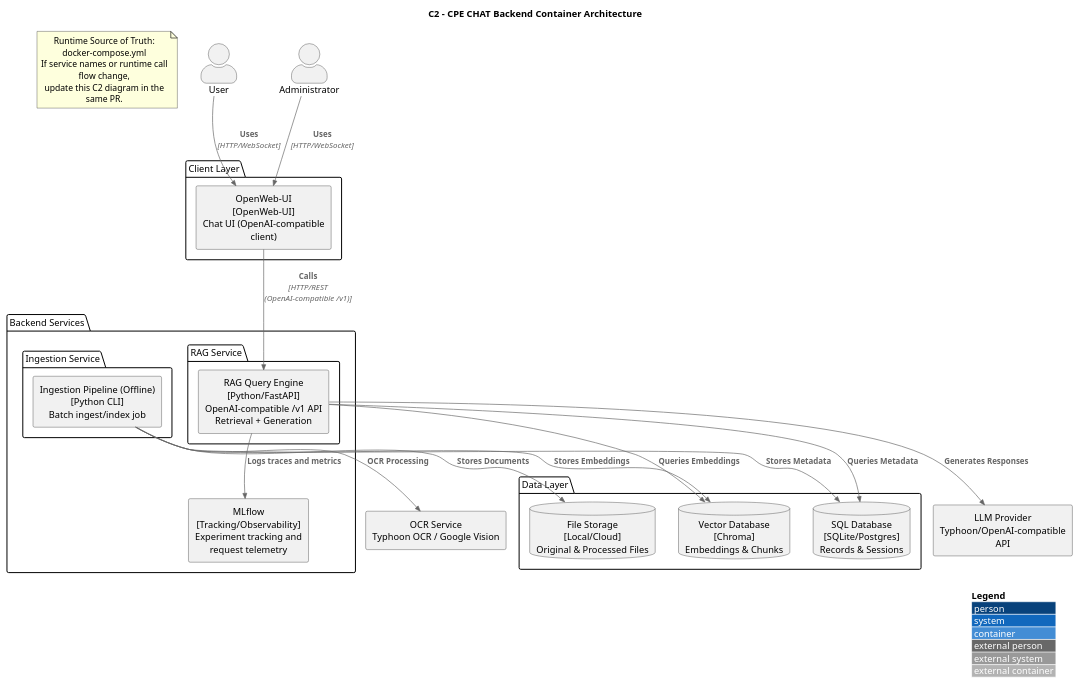
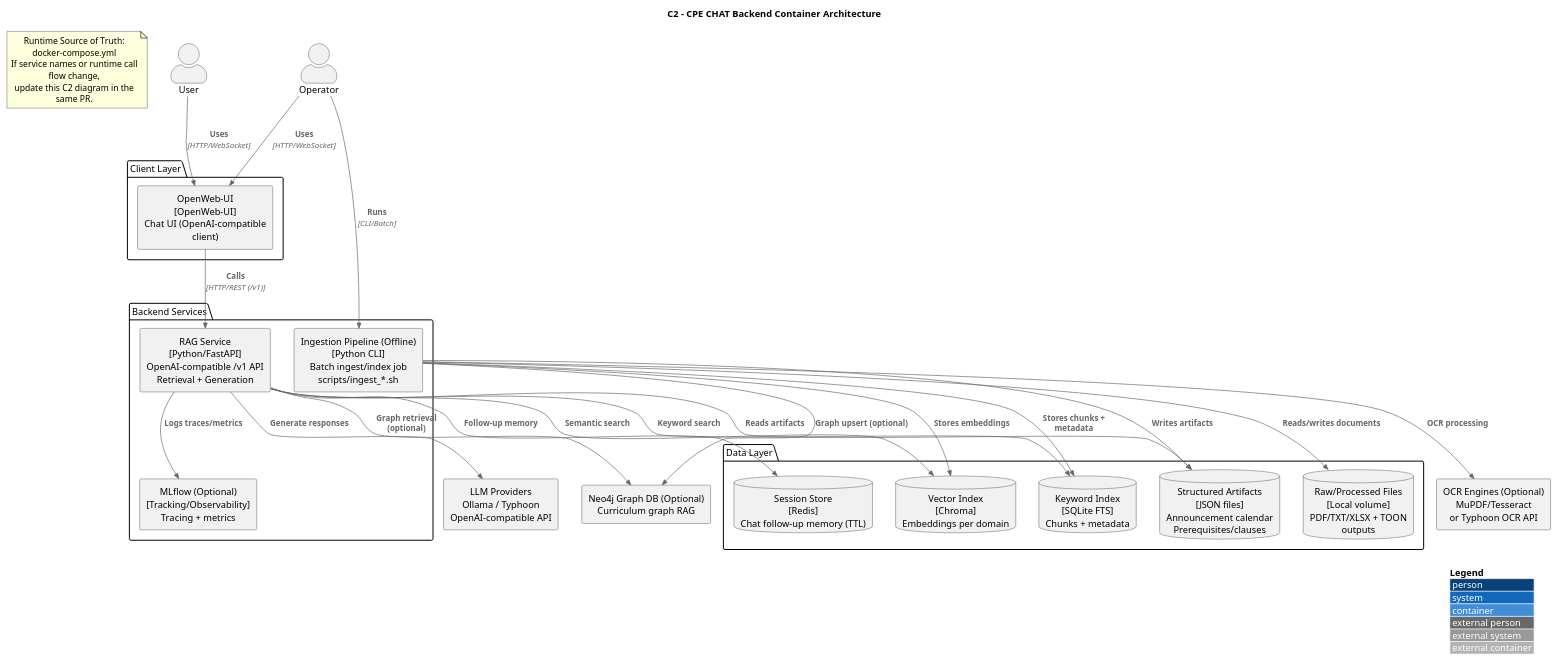
One commit to KKOIDF/CPE-CHAT-0.0.2 changed the second of 5 diagrams in docs/backend_c1_c4_diagram.puml. Above: the diagram before and after it, drawn with PlantUML. The commit also changed other lines of this file and 20 other files, not shown here.

First line of the commit message:
Enhance regulation and curriculum handling in RAG service

```diff
--- a/docs/backend_c1_c4_diagram.puml
+++ b/docs/backend_c1_c4_diagram.puml
@@ -37,57 +41,60 @@
 @startuml Backend_C2_Container
 !include https://raw.githubusercontent.com/plantuml-stdlib/C4-PlantUML/master/C4_Container.puml
 
 LAYOUT_WITH_LEGEND()
 
 title C2 - CPE CHAT Backend Container Architecture
 
 note as c2_sot
 Runtime Source of Truth: docker-compose.yml
 If service names or runtime call flow change,
 update this C2 diagram in the same PR.
 end note
 
 actor "User" as user
-actor "Administrator" as admin
+actor "Operator" as admin
 
 package "Client Layer" as client_boundary {
     rectangle "OpenWeb-UI\n[OpenWeb-UI]\nChat UI (OpenAI-compatible client)" as web_app
 }
 
 package "Backend Services" as backend_boundary {
-    package "Ingestion Service" as ingestion_svc_boundary {
-        rectangle "Ingestion Pipeline (Offline)\n[Python CLI]\nBatch ingest/index job" as ingestion_api
-    }
-    
-    package "RAG Service" as rag_svc_boundary {
-        rectangle "RAG Query Engine\n[Python/FastAPI]\nOpenAI-compatible /v1 API\nRetrieval + Generation" as rag_api
-    }
-
-    rectangle "MLflow\n[Tracking/Observability]\nExperiment tracking and request telemetry" as mlflow
+    rectangle "RAG Service\n[Python/FastAPI]\nOpenAI-compatible /v1 API\nRetrieval + Generation" as rag_api
+    rectangle "Ingestion Pipeline (Offline)\n[Python CLI]\nBatch ingest/index job\nscripts/ingest_*.sh" as ingestion_api
+    rectangle "MLflow (Optional)\n[Tracking/Observability]\nTracing + metrics" as mlflow
 }
 
 package "Data Layer" as data_boundary {
-    database "Vector Database\n[Chroma]\nEmbeddings & Chunks" as vector_db
-    database "SQL Database\n[SQLite/Postgres]\nRecords & Sessions" as sql_db
-    database "File Storage\n[Local/Cloud]\nOriginal & Processed Files" as file_storage
+    database "Vector Index\n[Chroma]\nEmbeddings per domain" as vector_db
+    database "Keyword Index\n[SQLite FTS]\nChunks + metadata" as sqlite_db
+    database "Structured Artifacts\n[JSON files]\nAnnouncement calendar\nPrerequisites/clauses" as structured_store
+    database "Raw/Processed Files\n[Local volume]\nPDF/TXT/XLSX + TOON outputs" as file_storage
+    database "Session Store\n[Redis]\nChat follow-up memory (TTL)" as session_store
 }
 
-rectangle "LLM Provider\nTyphoon/OpenAI-compatible API" as external_llm
-rectangle "OCR Service\nTyphoon OCR / Google Vision" as external_ocr
+rectangle "LLM Providers\nOllama / Typhoon\nOpenAI-compatible API" as external_llm
+rectangle "OCR Engines (Optional)\nMuPDF/Tesseract\nor Typhoon OCR API" as external_ocr
+rectangle "Neo4j Graph DB (Optional)\nCurriculum graph RAG" as neo4j
 
 Rel(user, web_app, "Uses", "HTTP/WebSocket")
 Rel(admin, web_app, "Uses", "HTTP/WebSocket")
+Rel(admin, ingestion_api, "Runs", "CLI/Batch")
 
-Rel(web_app, rag_api, "Calls", "HTTP/REST (OpenAI-compatible /v1)")
+Rel(web_app, rag_api, "Calls", "HTTP/REST (/v1)")
 
-Rel(ingestion_api, vector_db, "Stores Embeddings")
-Rel(ingestion_api, sql_db, "Stores Metadata")
-Rel(ingestion_api, file_storage, "Stores Documents")
-Rel(ingestion_api, external_ocr, "OCR Processing")
+Rel(ingestion_api, vector_db, "Stores embeddings")
+Rel(ingestion_api, sqlite_db, "Stores chunks + metadata")
+Rel(ingestion_api, structured_store, "Writes artifacts")
+Rel(ingestion_api, file_storage, "Reads/writes documents")
+Rel(ingestion_api, external_ocr, "OCR processing")
+Rel(ingestion_api, neo4j, "Graph upsert (optional)")
 
-Rel(rag_api, vector_db, "Queries Embeddings")
-Rel(rag_api, sql_db, "Queries Metadata")
-Rel(rag_api, external_llm, "Generates Responses")
-Rel(rag_api, mlflow, "Logs traces and metrics")
+Rel(rag_api, vector_db, "Semantic search")
+Rel(rag_api, sqlite_db, "Keyword search")
+Rel(rag_api, structured_store, "Reads artifacts")
+Rel(rag_api, session_store, "Follow-up memory")
+Rel(rag_api, external_llm, "Generate responses")
+Rel(rag_api, neo4j, "Graph retrieval (optional)")
+Rel(rag_api, mlflow, "Logs traces/metrics")
 
 @enduml
```
